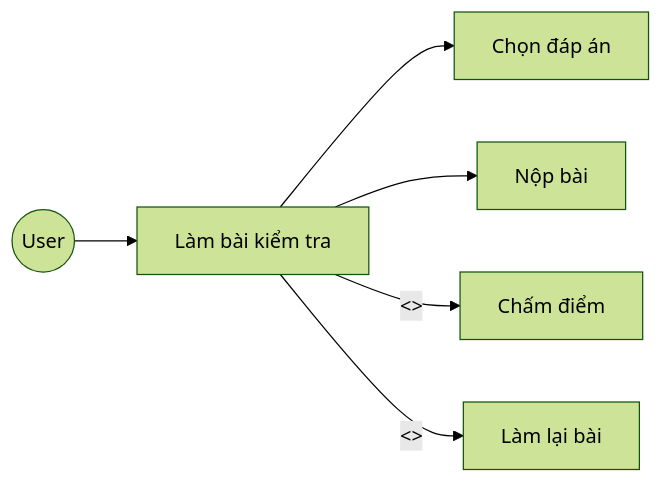
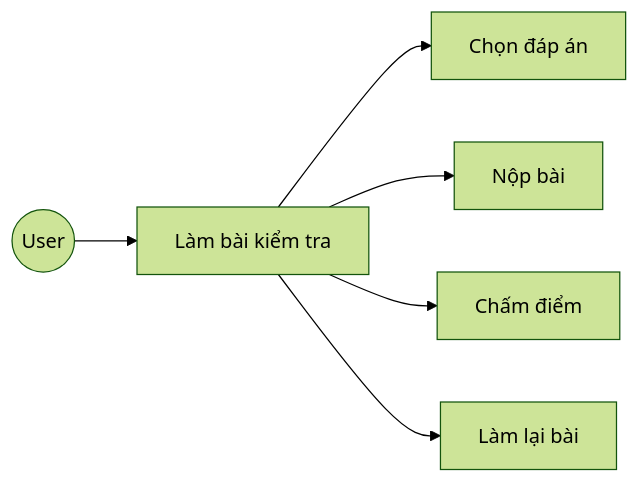
Before and after one commit to vuthithao512005/Test: diagram 19 of 24 in So_do.md, drawn with Mermaid (forest theme).

````diff
--- a/So_do.md
+++ b/So_do.md
@@ -440,8 +440,8 @@
 ```mermaid
 graph LR
 User((User)) --> UC06[Làm bài kiểm tra]
 UC06 --> UC061[Chọn đáp án]
 UC06 --> UC062[Nộp bài]
-UC06 -->|<<include>>| UC063[Chấm điểm]
-UC06 -->|<<extend>>| UC064[Làm lại bài]
+UC06 --> UC063[Chấm điểm]
+UC06 --> UC064[Làm lại bài]
 ```
````
